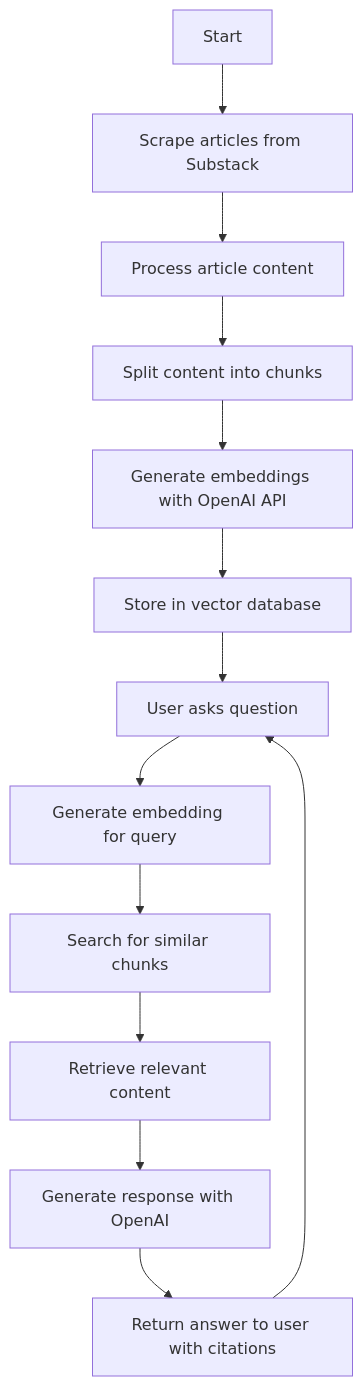
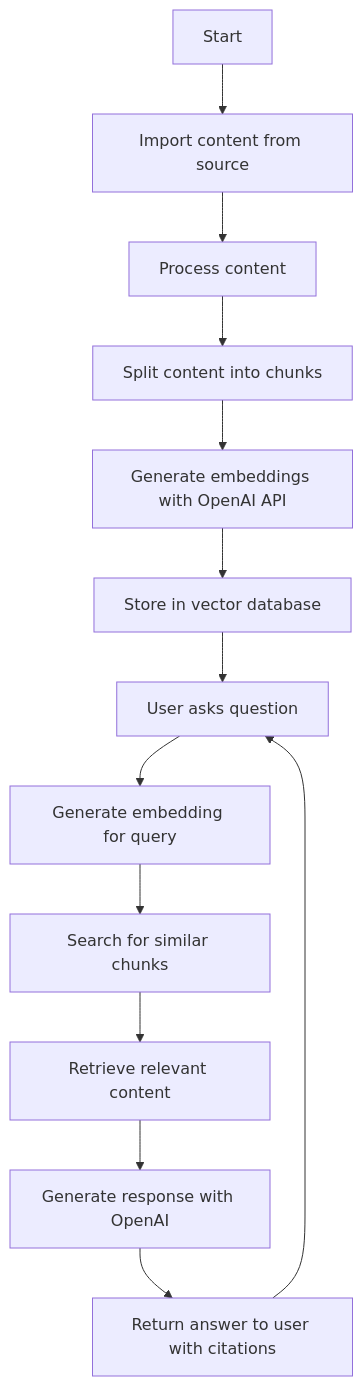
The first of 2 diagrams in README.md (brayden-s-haws/creator_chatbot), drawn with Mermaid before and after one commit. The commit also changed other lines of this file and 3 other files, not shown here.

````diff
--- a/README.md
+++ b/README.md
@@ -13,15 +36,15 @@
 ```mermaid
 graph TD
-    A[Start] --> B[Scrape articles from Substack]
-    B --> C[Process article content]
+    A[Start] --> B[Import content from source]
+    B --> C[Process content]
     C --> D[Split content into chunks]
     D --> E[Generate embeddings with OpenAI API]
     E --> F[Store in vector database]
     F --> G[User asks question]
     G --> H[Generate embedding for query]
     H --> I[Search for similar chunks]
     I --> J[Retrieve relevant content]
     J --> K[Generate response with OpenAI]
     K --> L[Return answer to user with citations]
     L --> G
 ```
````
